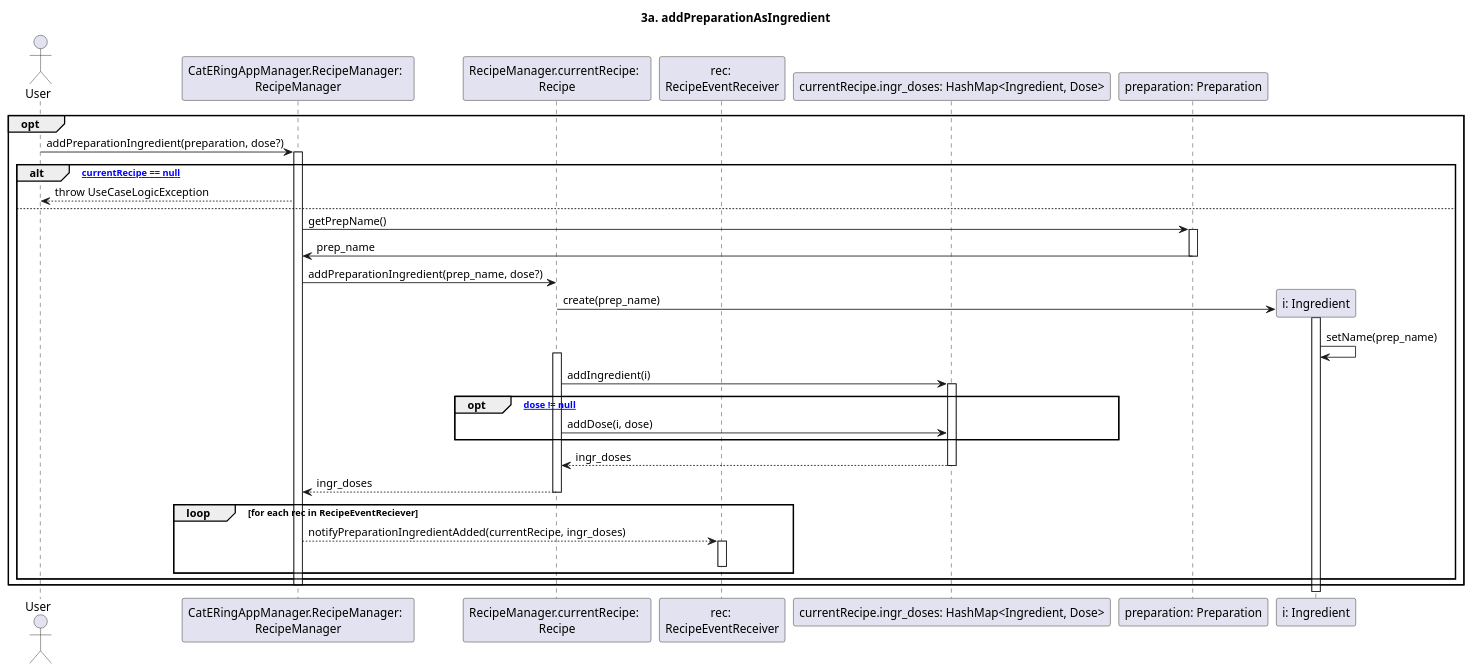
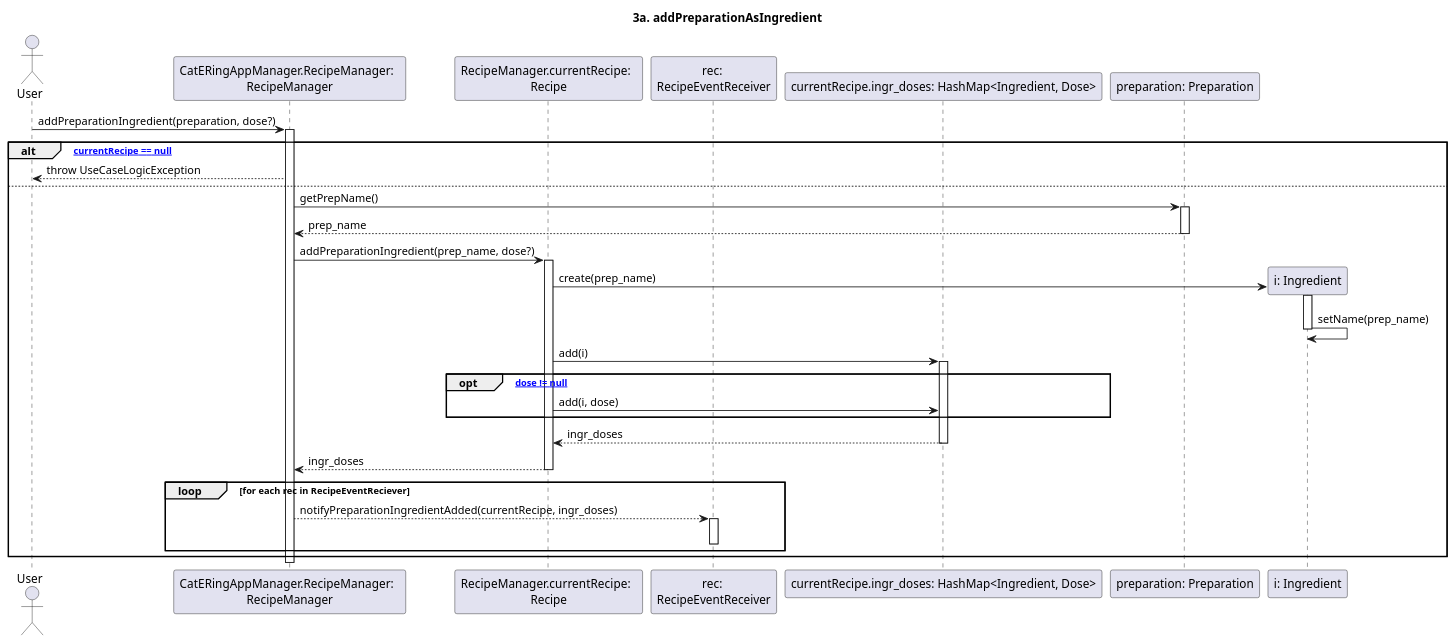
The diagram in dsd/dsd-ricette/estensioni/3a-addPreparationIngredient.md (m0canu1/sas), drawn with PlantUML before and after one commit. The commit also changed 14 other files, not shown here.

````diff
--- a/dsd/dsd-ricette/estensioni/3a-addPreparationIngredient.md
+++ b/dsd/dsd-ricette/estensioni/3a-addPreparationIngredient.md
@@ -1,49 +1,46 @@
 ```plantuml
 
 title: 3a. addPreparationAsIngredient
 
 Actor User
 Participant "CatERingAppManager.RecipeManager:  \nRecipeManager" as RM
 Participant "RecipeManager.currentRecipe:  \nRecipe" as CR
 Participant "rec: \nRecipeEventReceiver" as RER
 Participant "currentRecipe.ingr_doses: HashMap<Ingredient, Dose>" as HM
 
-opt
-
 	User -> RM: addPreparationIngredient(preparation, dose?)
 	Activate RM
 	alt ["currentRecipe == null"]
 		RM --> User: throw UseCaseLogicException
 	else
 		RM -> "preparation: Preparation": getPrepName()
 		Activate "preparation: Preparation"
-		"preparation: Preparation" -> RM: prep_name
+		"preparation: Preparation" --> RM: prep_name
 		Deactivate "preparation: Preparation"
 		RM -> CR: addPreparationIngredient(prep_name, dose?)
-
+        Activate CR
 		create "i: Ingredient"
 		CR -> "i: Ingredient": create(prep_name)
 		Activate "i: Ingredient"
 			"i: Ingredient" -> "i: Ingredient": setName(prep_name)
+        Deactivate "i: Ingredient"
 
-		Activate CR
-			CR -> HM: addIngredient(i)
+			CR -> HM: add(i)
 			Activate HM
 				opt ["dose != null"]
-			    CR -> HM: addDose(i, dose)
+			    CR -> HM: add(i, dose)
 				end
 				HM --> CR: ingr_doses
       Deactivate HM
 		CR --> RM: ingr_doses
 		deactivate CR
 			loop for each rec in RecipeEventReciever
 					RM --> RER: notifyPreparationIngredientAdded(currentRecipe, ingr_doses)
 					activate RER
 					deactivate RER
 			end
   end
 	Deactivate RM
 
-end
 
 ```
````
